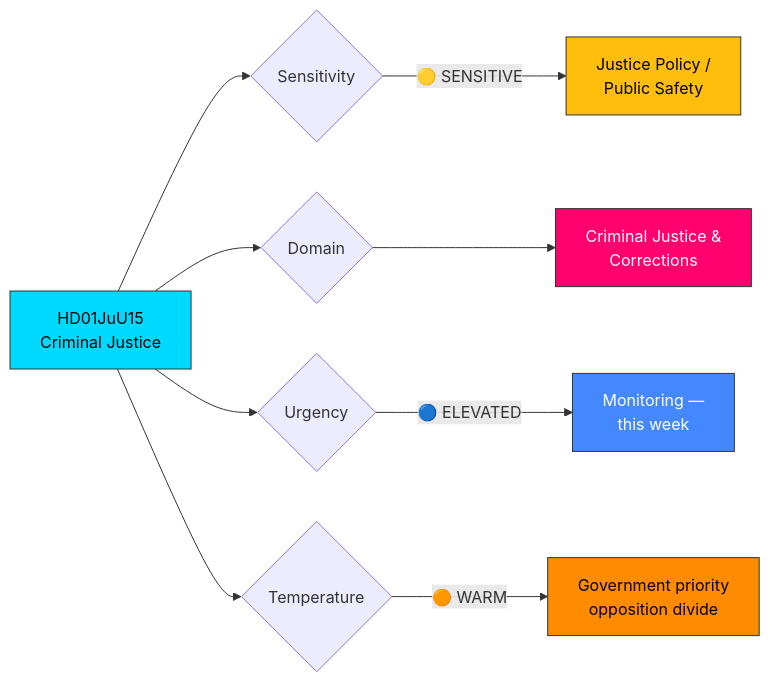
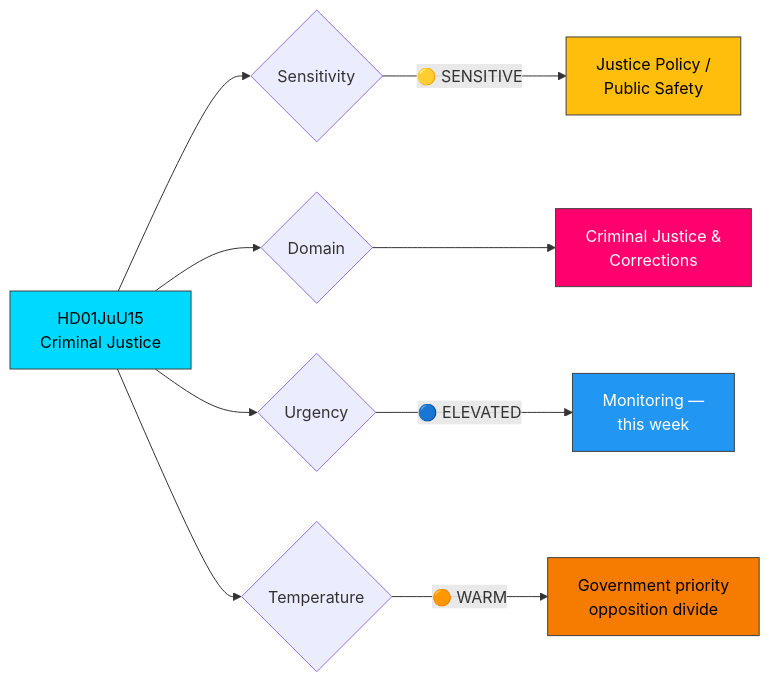
The diagram in analysis/daily/2026-04-02/realtime-1024/documents/HD01JuU15-analysis.md (Hack23/riksdagsmonitor), drawn with Mermaid before and after one commit. The commit also changed 785 other files, not shown here.

First line of the commit message:
Normalize mermaid colors across 786 analysis artifacts to ISMS Style Guide palette

````diff
--- a/analysis/daily/2026-04-02/realtime-1024/documents/HD01JuU15-analysis.md
+++ b/analysis/daily/2026-04-02/realtime-1024/documents/HD01JuU15-analysis.md
@@ -24,20 +24,20 @@
 ```mermaid
 graph LR
     A["HD01JuU15<br/>Criminal Justice"] --> B{"Sensitivity"}
     B -->|"🟡 SENSITIVE"| D["Justice Policy /<br/>Public Safety"]
     
     A --> G{"Domain"}
     G --> H["Criminal Justice &<br/>Corrections"]
     
     A --> I{"Urgency"}
     I -->|"🔵 ELEVATED"| L["Monitoring —<br/>this week"]
     
     A --> P{"Temperature"}
     P -->|"🟠 WARM"| Q["Government priority<br/>opposition divide"]
     
-    style A fill:#00d9ff,stroke:#333,color:#000
-    style D fill:#ffbe0b,stroke:#333,color:#000
-    style H fill:#ff006e,stroke:#333,color:#fff
-    style L fill:#4488ff,stroke:#333,color:#fff
-    style Q fill:#ff8c00,stroke:#333,color:#000
+    style A fill:#00d9ff,stroke:#424242,color:#000000
+    style D fill:#ffbe0b,stroke:#424242,color:#000000
+    style H fill:#ff006e,stroke:#424242,color:#FFFFFF
+    style L fill:#2196F3,stroke:#424242,color:#FFFFFF
+    style Q fill:#F57C00,stroke:#424242,color:#000000
 ```
````
